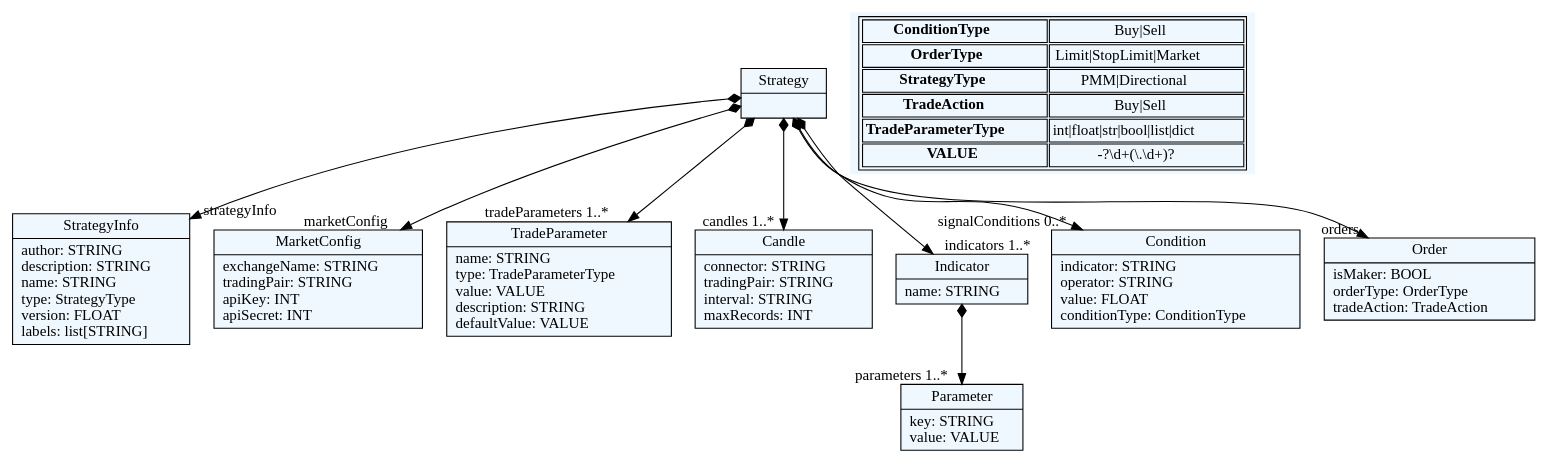
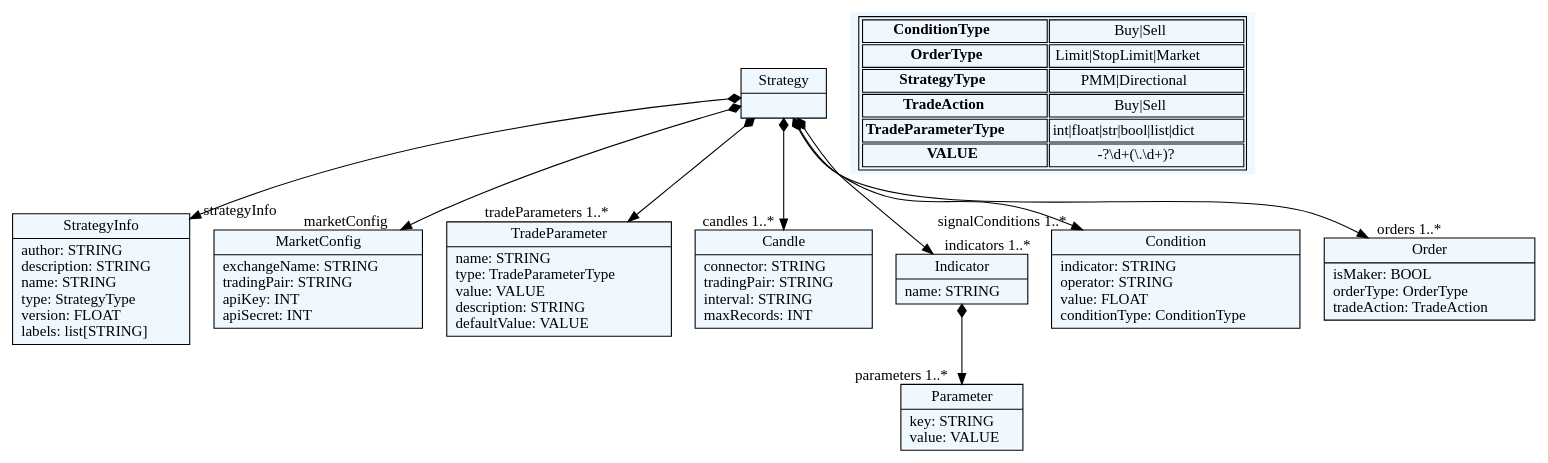
Before and after one commit to christos99/custom_hummingbot_HFCTB_DSL: the diagram in textx/grammar.dot, drawn with Graphviz. The commit also changed 2 other files, not shown here.

Commit message:
new_Conditions_structure

```diff
--- a/textx/grammar.dot
+++ b/textx/grammar.dot
@@ -1,64 +1,64 @@
 
     digraph textX {
     fontname = "Bitstream Vera Sans"
     fontsize = 8
     node[
         shape=record,
         style=filled,
         fillcolor=aliceblue
     ]
     nodesep = 0.3
     edge[dir=black,arrowtail=empty]
 
 
-5190895536[ label="{Strategy|}"]
+4436043584[ label="{Strategy|}"]
 
-5190897456[ label="{StrategyInfo|author: STRING\ldescription: STRING\lname: STRING\ltype: StrategyType\lversion: FLOAT\llabels: list[STRING]\l}"]
+4436045504[ label="{StrategyInfo|author: STRING\ldescription: STRING\lname: STRING\ltype: StrategyType\lversion: FLOAT\llabels: list[STRING]\l}"]
 
-5190902832[ label="{MarketConfig|exchangeName: STRING\ltradingPair: STRING\lapiKey: INT\lapiSecret: INT\l}"]
+4436050880[ label="{MarketConfig|exchangeName: STRING\ltradingPair: STRING\lapiKey: INT\lapiSecret: INT\l}"]
 
-5190905520[ label="{TradeParameter|name: STRING\ltype: TradeParameterType\lvalue: VALUE\ldescription: STRING\ldefaultValue: VALUE\l}"]
+4436053568[ label="{TradeParameter|name: STRING\ltype: TradeParameterType\lvalue: VALUE\ldescription: STRING\ldefaultValue: VALUE\l}"]
 
-5190910896[ label="{Candle|connector: STRING\ltradingPair: STRING\linterval: STRING\lmaxRecords: INT\l}"]
+4436058944[ label="{Candle|connector: STRING\ltradingPair: STRING\linterval: STRING\lmaxRecords: INT\l}"]
 
-5190913584[ label="{Indicator|name: STRING\l}"]
+4436061632[ label="{Indicator|name: STRING\l}"]
 
-5190916272[ label="{Parameter|key: STRING\lvalue: VALUE\l}"]
+4436064320[ label="{Parameter|key: STRING\lvalue: VALUE\l}"]
 
-5190918960[ label="{Condition|indicator: STRING\loperator: STRING\lvalue: FLOAT\lconditionType: ConditionType\l}"]
+4436067008[ label="{Condition|indicator: STRING\loperator: STRING\lvalue: FLOAT\lconditionType: ConditionType\l}"]
 
-5190924336[ label="{Order|isMaker: BOOL\lorderType: OrderType\ltradeAction: TradeAction\l}"]
+4436072384[ label="{Order|isMaker: BOOL\lorderType: OrderType\ltradeAction: TradeAction\l}"]
 
 
 
-5190895536 -> 5190897456[arrowtail=diamond, dir=both, headlabel="strategyInfo "]
-5190895536 -> 5190902832[arrowtail=diamond, dir=both, headlabel="marketConfig "]
-5190895536 -> 5190905520[arrowtail=diamond, dir=both, headlabel="tradeParameters 1..*"]
-5190895536 -> 5190910896[arrowtail=diamond, dir=both, headlabel="candles 1..*"]
-5190895536 -> 5190913584[arrowtail=diamond, dir=both, headlabel="indicators 1..*"]
-5190895536 -> 5190918960[arrowtail=diamond, dir=both, headlabel="signalConditions 0..*"]
-5190895536 -> 5190924336[arrowtail=diamond, dir=both, headlabel="orders "]
-5190913584 -> 5190916272[arrowtail=diamond, dir=both, headlabel="parameters 1..*"]
+4436043584 -> 4436045504[arrowtail=diamond, dir=both, headlabel="strategyInfo "]
+4436043584 -> 4436050880[arrowtail=diamond, dir=both, headlabel="marketConfig "]
+4436043584 -> 4436053568[arrowtail=diamond, dir=both, headlabel="tradeParameters 1..*"]
+4436043584 -> 4436058944[arrowtail=diamond, dir=both, headlabel="candles 1..*"]
+4436043584 -> 4436061632[arrowtail=diamond, dir=both, headlabel="indicators 1..*"]
+4436043584 -> 4436067008[arrowtail=diamond, dir=both, headlabel="signalConditions 1..*"]
+4436043584 -> 4436072384[arrowtail=diamond, dir=both, headlabel="orders 1..*"]
+4436061632 -> 4436064320[arrowtail=diamond, dir=both, headlabel="parameters 1..*"]
 match_rules [ shape=plaintext, label=< <table>
 	<tr>
 		<td><b>ConditionType</b></td><td>Buy|Sell</td>
 	</tr>
 	<tr>
 		<td><b>OrderType</b></td><td>Limit|StopLimit|Market</td>
 	</tr>
 	<tr>
 		<td><b>StrategyType</b></td><td>PMM|Directional</td>
 	</tr>
 	<tr>
 		<td><b>TradeAction</b></td><td>Buy|Sell</td>
 	</tr>
 	<tr>
 		<td><b>TradeParameterType</b></td><td>int|float|str|bool|list|dict</td>
 	</tr>
 	<tr>
 		<td><b>VALUE</b></td><td>-?\d+(\.\d+)?</td>
 	</tr>
 </table> >]
 
 
 }
```
